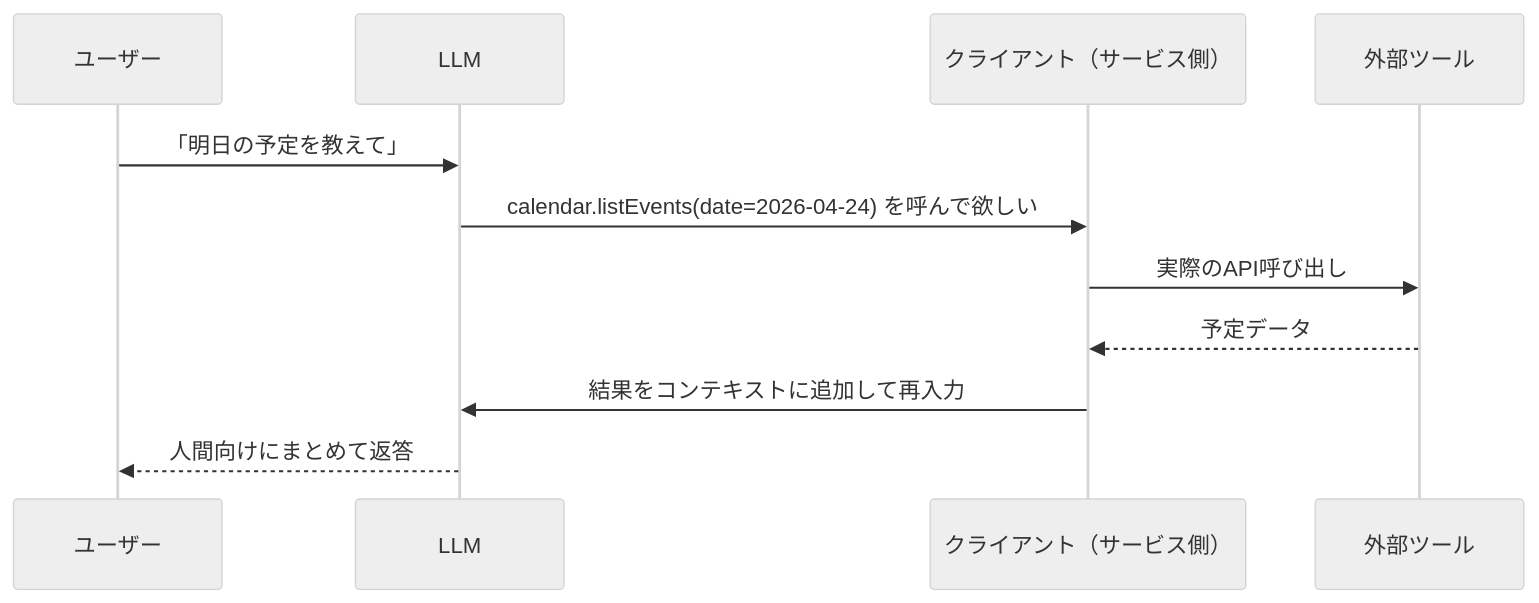
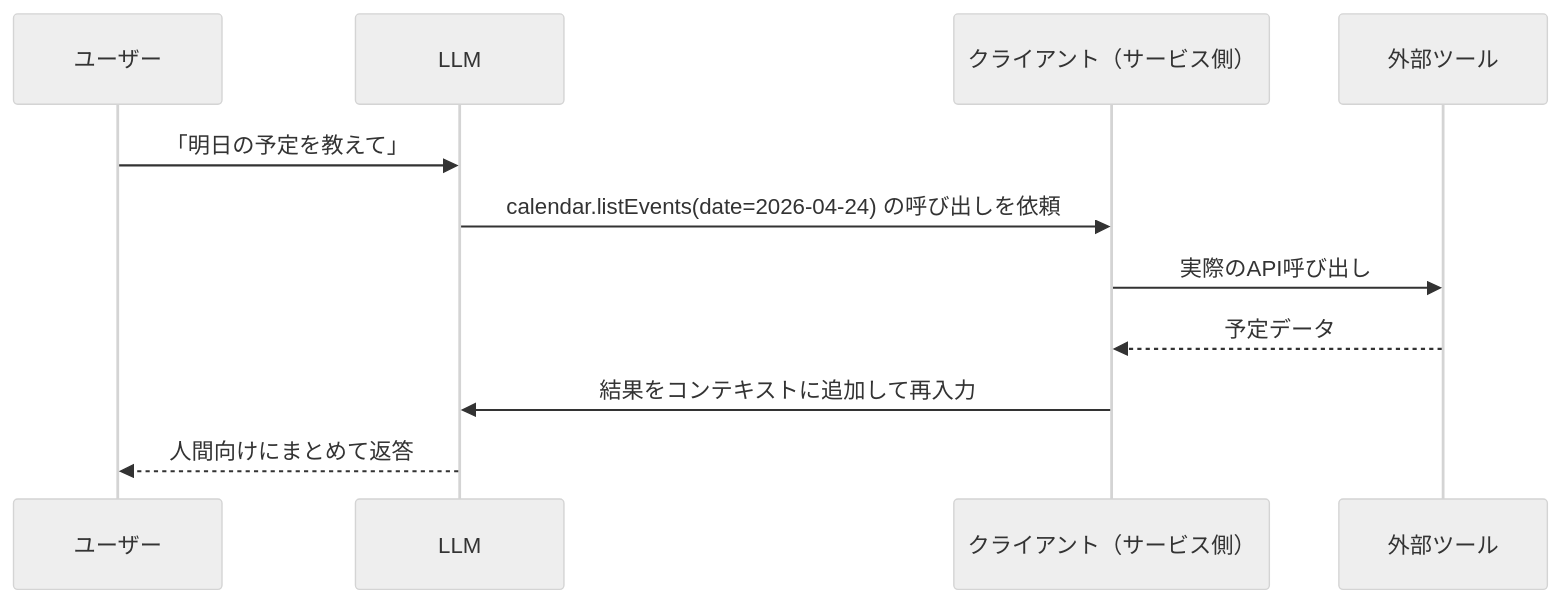
The first of 2 diagrams in docs/3-external-system-integration.md (ma2saka/docs-claude-sample), drawn with Mermaid (neutral theme) before and after one commit.

Commit message:
Polish sequence-diagram label to match expository tone

````diff
--- a/docs/3-external-system-integration.md
+++ b/docs/3-external-system-integration.md
@@ -42,13 +42,13 @@
 ```mermaid
 sequenceDiagram
     participant U as ユーザー
     participant L as LLM
     participant C as クライアント（サービス側）
     participant T as 外部ツール
     U->>L: 「明日の予定を教えて」
-    L->>C: calendar.listEvents(date=2026-04-24) を呼んで欲しい
+    L->>C: calendar.listEvents(date=2026-04-24) の呼び出しを依頼
     C->>T: 実際のAPI呼び出し
     T-->>C: 予定データ
     C->>L: 結果をコンテキストに追加して再入力
     L-->>U: 人間向けにまとめて返答
 ```
````
